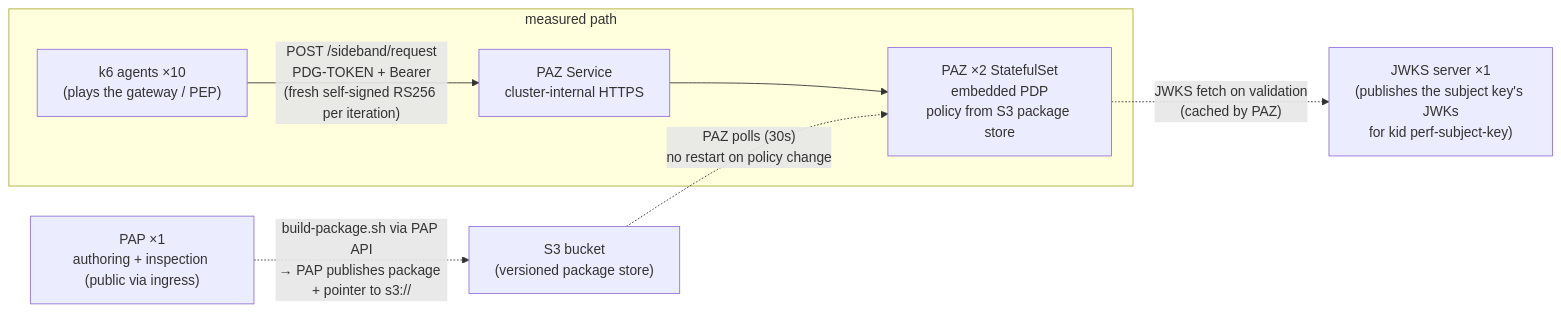
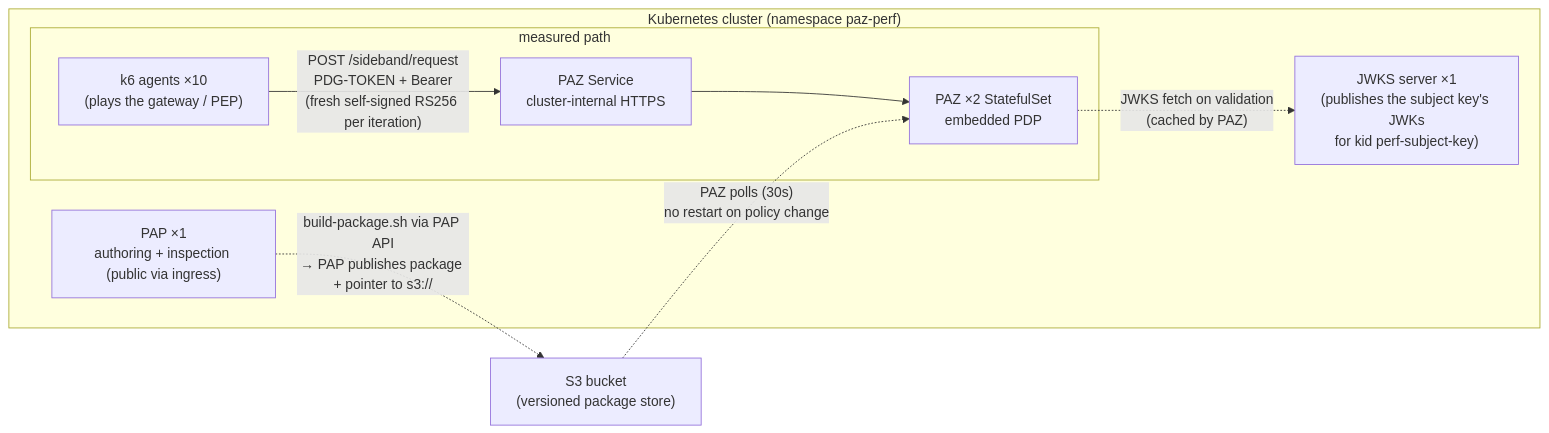
The diagram in README.md (carbonefederico/pingauthorize-sideband-perf), drawn with Mermaid before and after one commit.

Commit message:
docs: draw all in-cluster workloads inside a Kubernetes boundary
The architecture diagram listed the JWKS server and PAP as floating nodes
as if they were external services; only S3 actually sits outside the
cluster. A Kubernetes subgraph now wraps the measured path, JWKS server,
and PAP (namespace paz-perf), leaving S3 as the sole external node; the
PAZ node label drops the now-redundant 'policy from S3 package store'
since the S3 edge itself shows that relationship.

````diff
--- a/README.md
+++ b/README.md
@@ -24,17 +24,19 @@
 ```mermaid
 flowchart LR
-    subgraph "measured path"
-    k6["k6 agents ×10<br/>(plays the gateway / PEP)"]
-    svc["PAZ Service<br/>cluster-internal HTTPS"]
-    paz["PAZ ×2 StatefulSet<br/>embedded PDP<br/>policy from S3 package store"]
+    subgraph k8s["Kubernetes cluster (namespace paz-perf)"]
+        subgraph "measured path"
+        k6["k6 agents ×10<br/>(plays the gateway / PEP)"]
+        svc["PAZ Service<br/>cluster-internal HTTPS"]
+        paz["PAZ ×2 StatefulSet<br/>embedded PDP"]
+        end
+        jwks["JWKS server ×1<br/>(publishes the subject key's JWKs<br/>for kid perf-subject-key)"]
+        pap["PAP ×1<br/>authoring + inspection (public via ingress)"]
     end
-    jwks["JWKS server ×1<br/>(publishes the subject key's JWKs<br/>for kid perf-subject-key)"]
-    pap["PAP ×1<br/>authoring + inspection (public via ingress)"]
     s3["S3 bucket<br/>(versioned package store)"]
 
     k6 -- "POST /sideband/request<br/>PDG-TOKEN + Bearer<br/>(fresh self-signed RS256 per iteration)" --> svc
     svc --> paz
     paz -. "JWKS fetch on validation<br/>(cached by PAZ)" .-> jwks
     pap -. "build-package.sh via PAP API<br/>→ PAP publishes package + pointer to s3://" .-> s3
     s3 -. "PAZ polls (30s)<br/>no restart on policy change" .-> paz
 ```
````
